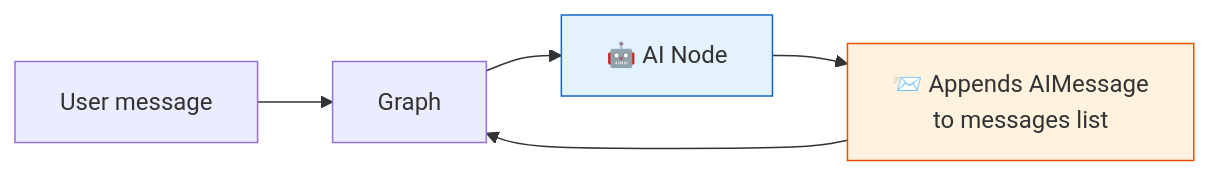
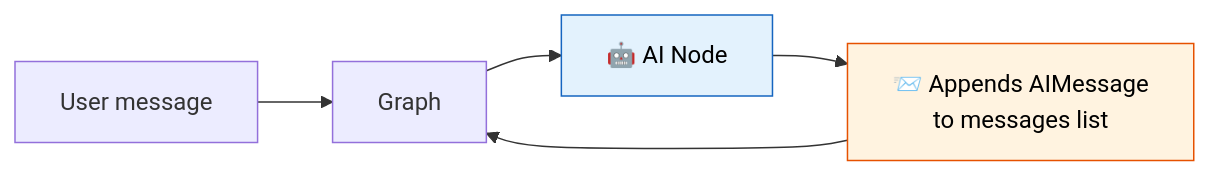
The diagram in 24_messagesstate_langgraph/README.md (remolaan/Agentic-AI-Cookbook), drawn with Mermaid before and after one commit. The commit also changed 45 other files, not shown here.

Commit message:
Fix Mermaid diagram text colors for readability across all READMEs

````diff
--- a/24_messagesstate_langgraph/README.md
+++ b/24_messagesstate_langgraph/README.md
@@ -7,9 +7,9 @@
 ```mermaid
 flowchart LR
     U["User message"] --> G["Graph"]
     G --> A["🤖 AI Node"]
     A --> M["📨 Appends AIMessage<br/>to messages list"]
     M --> G
-    style A fill:#e3f2fd,stroke:#1565c0
-    style M fill:#fff3e0,stroke:#e65100
+    style A fill:#e3f2fd,stroke:#1565c0,color:#000000
+    style M fill:#fff3e0,stroke:#e65100,color:#000000
 ```
````
